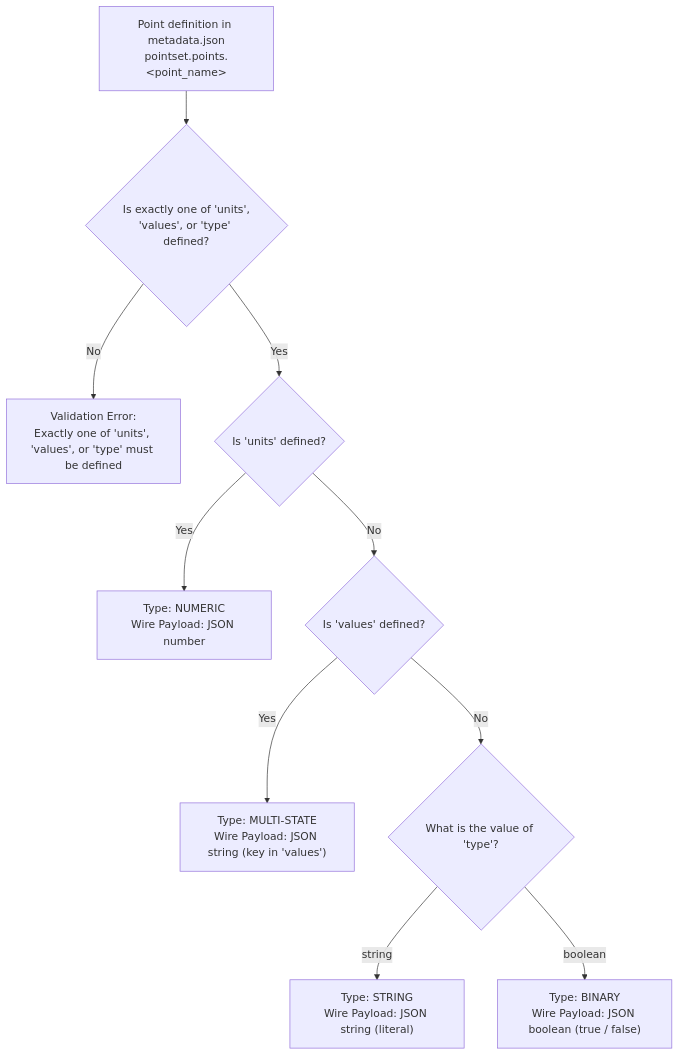
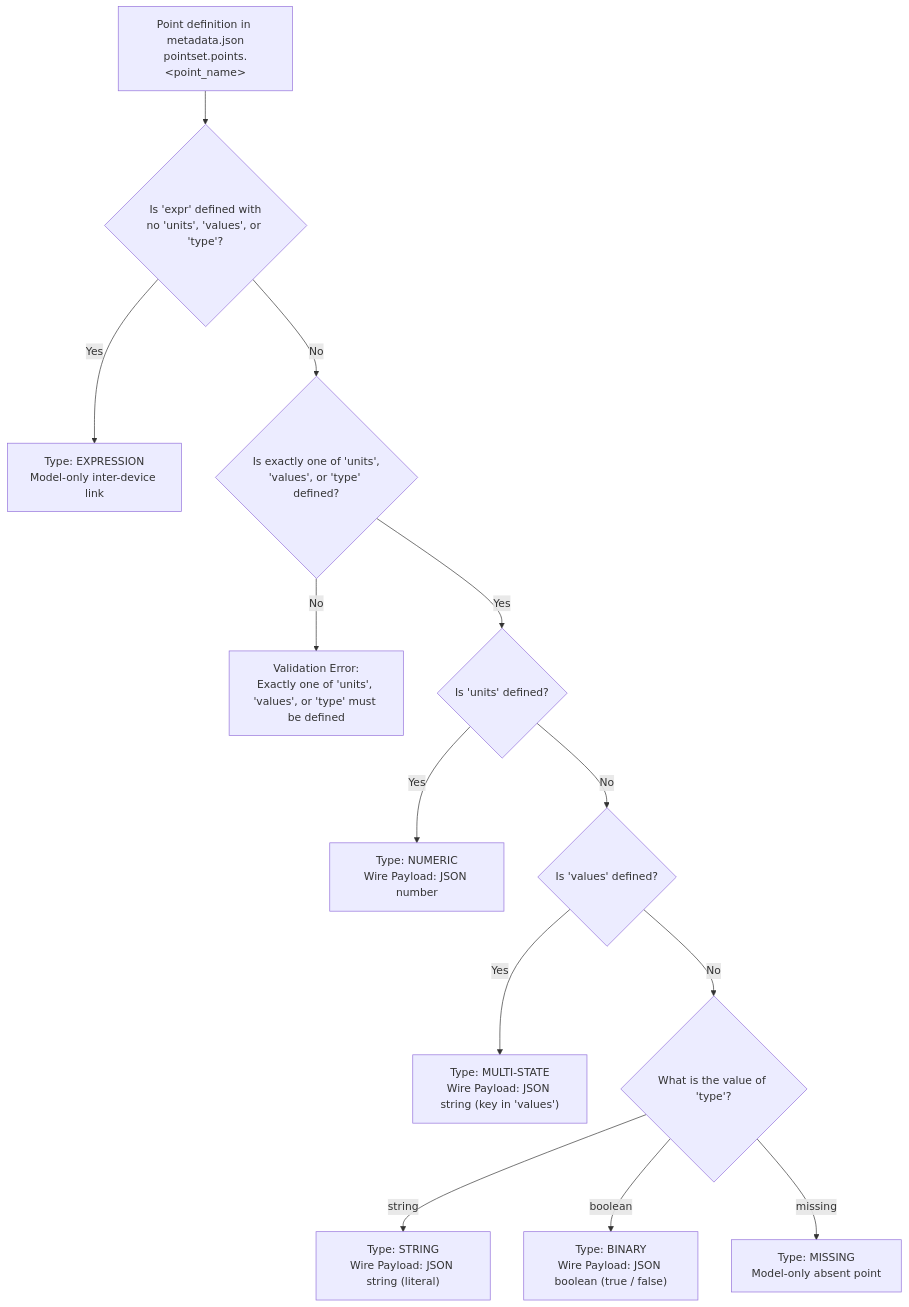
One commit to faucetsdn/udmi changed the diagram in docs/specs/point_typing.md. Above: the diagram before and after it, drawn with Mermaid. The commit also changed other lines of this file and 73 other files, not shown here.

First line of the commit message:
Add unified DBO metadata schemas, missing/expr points, and deviceGuid

````diff
--- a/docs/specs/point_typing.md
+++ b/docs/specs/point_typing.md
@@ -21,12 +23,15 @@
 ```mermaid
 flowchart TD
-    A["Point definition in metadata.json<br/>pointset.points.&lt;point_name&gt;"] --> B{"Is exactly one of 'units',<br/>'values', or 'type' defined?"}
+    A["Point definition in metadata.json<br/>pointset.points.&lt;point_name&gt;"] --> EX{"Is 'expr' defined with<br/>no 'units', 'values', or 'type'?"}
+    EX -- Yes --> EXPR["Type: EXPRESSION<br/>Model-only inter-device link"]
+    EX -- No --> B{"Is exactly one of 'units',<br/>'values', or 'type' defined?"}
     B -- No --> ERR["Validation Error:<br/>Exactly one of 'units', 'values', or 'type' must be defined"]
     B -- Yes --> C{"Is 'units' defined?"}
     C -- Yes --> NUM["Type: NUMERIC<br/>Wire Payload: JSON number"]
     C -- No --> D{"Is 'values' defined?"}
     D -- Yes --> MS["Type: MULTI-STATE<br/>Wire Payload: JSON string (key in 'values')"]
     D -- No --> E{"What is the value of 'type'?"}
     E -- "string" --> STR["Type: STRING<br/>Wire Payload: JSON string (literal)"]
     E -- "boolean" --> BIN["Type: BINARY<br/>Wire Payload: JSON boolean (true / false)"]
+    E -- "missing" --> MISS["Type: MISSING<br/>Model-only absent point"]
 ```
````
